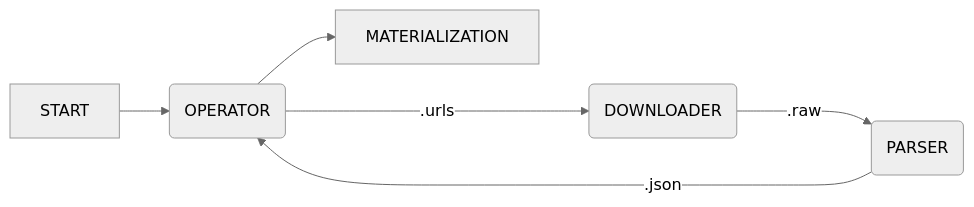
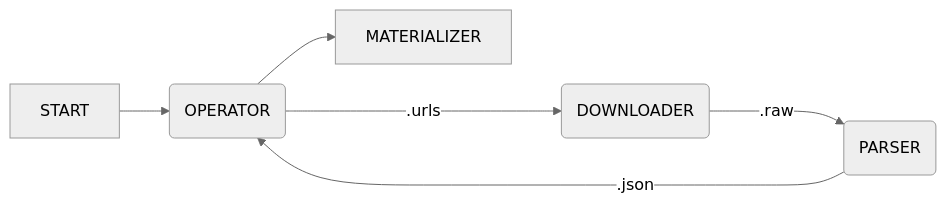
Before and after one commit to Glutexo/onigumo: the diagram in README.md, drawn with Mermaid (neutral theme).

Commit message:
Rename materialization to materializer
Initially, I considered the materialization a virtual step separate from Onigumo and the Spider. It, however, makes sense to enable Spiders to define ways to materialize the structured data as a natural step invokable from Onigumo.

That way, the materializer becomes a part of the Spider that does not have its Onigumo counterpart. Similarly, the Downloader exists only in Onigumo, but does not touch the Spider.

````diff
--- a/README.md
+++ b/README.md
@@ -17,8 +17,8 @@
 ```mermaid
 flowchart LR
     START              -->         operator(OPERATOR)
     operator   -- <hash>.urls ---> downloader(DOWNLOADER)
     downloader -- <hash>.raw  ---> parser(PARSER)
     parser     -- <hash>.json ---> operator
-    operator           -->         MATERIALIZATION
+    operator           -->         MATERIALIZER
 ```
````
